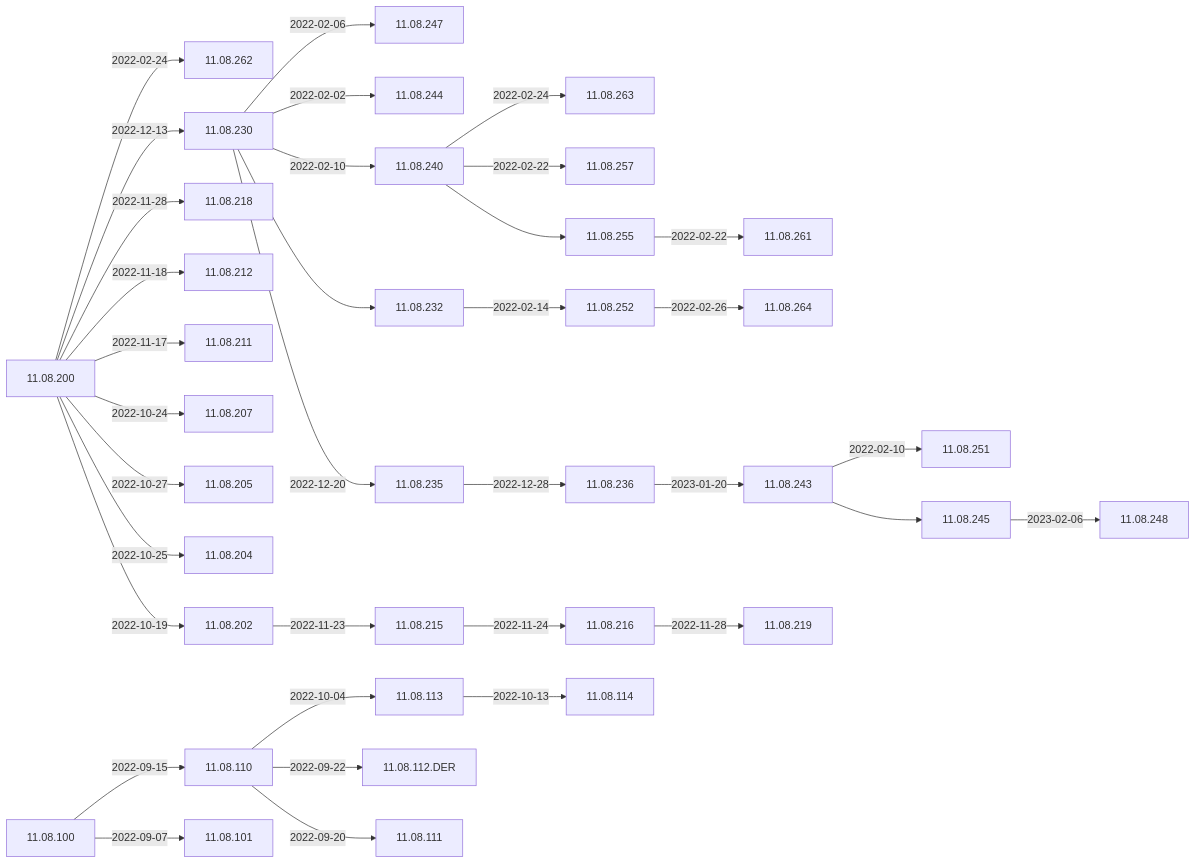
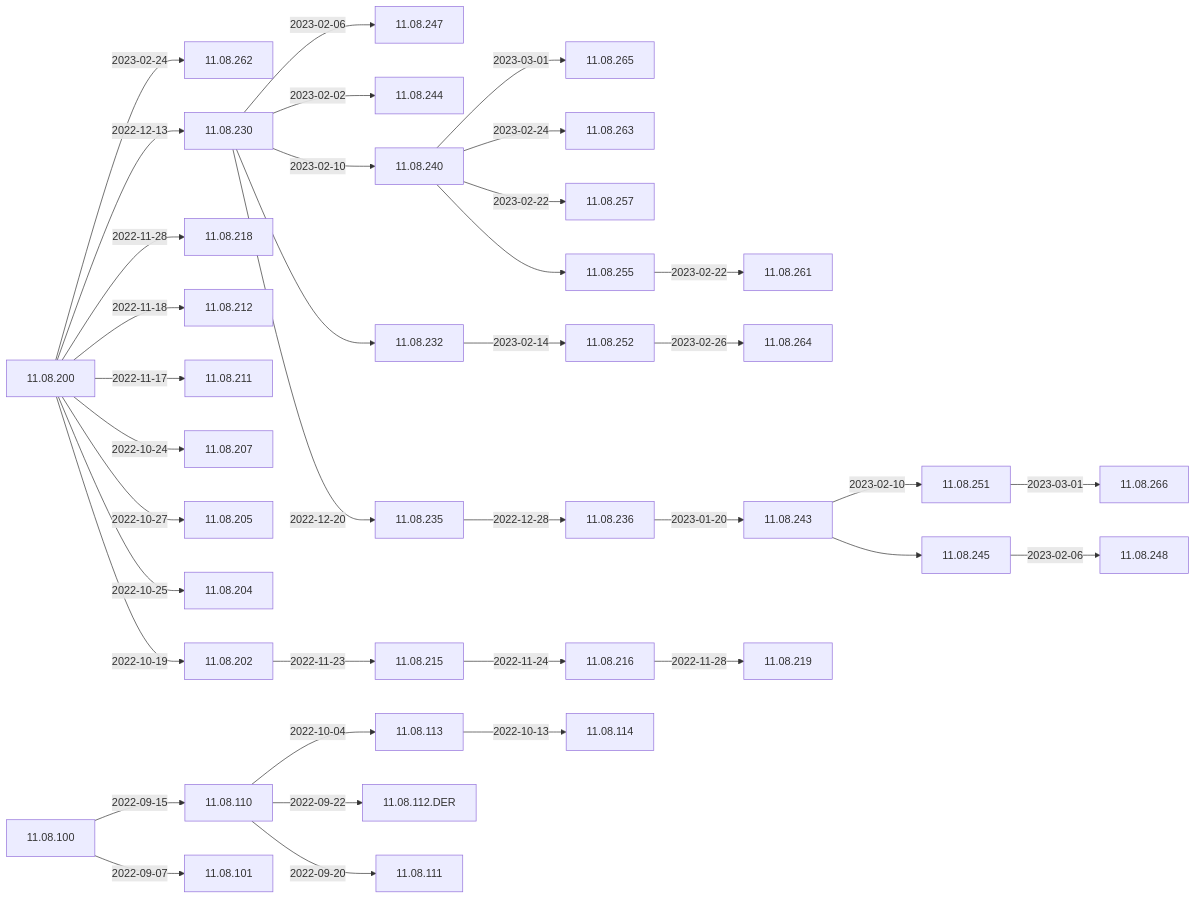
Before and after one commit to woydziak/IGEL-Docs: the first of 3 diagrams in Docs/ReleaseNotes/01-OS11/README.md, drawn with Mermaid.

Commit message:
11.08.265<--11.08.240; 11.08.266<--11.08.251

````diff
--- a/Docs/ReleaseNotes/01-OS11/README.md
+++ b/Docs/ReleaseNotes/01-OS11/README.md
@@ -9,51 +9,54 @@
 ```mermaid
 flowchart LR
-    11.08.252-- 2022-02-26 -->11.08.264
-    11.08.200-- 2022-02-24 -->11.08.262
-    11.08.243-- 2022-02-10 -->11.08.251
-    11.08.230-- 2022-02-06 -->11.08.247
-    11.08.230-- 2022-02-02 -->11.08.244
-    11.08.240-- 2022-02-24 -->11.08.263
-    11.08.240-- 2022-02-22 -->11.08.257
-    11.08.240-->11.08.255-- 2022-02-22 -->11.08.261
-    11.08.230-- 2022-02-10 -->11.08.240
-    11.08.230-->11.08.232-- 2022-02-14 -->11.08.252
+    11.08.240-- 2023-03-01 -->11.08.265 
+    11.08.252-- 2023-02-26 -->11.08.264
+    11.08.200-- 2023-02-24 -->11.08.262
+    11.08.243-- 2023-02-10 -->11.08.251-- 2023-03-01 -->11.08.266
+    11.08.230-- 2023-02-06 -->11.08.247
+    11.08.230-- 2023-02-02 -->11.08.244
+    11.08.240-- 2023-02-24 -->11.08.263
+    11.08.240-- 2023-02-22 -->11.08.257
+    11.08.240-->11.08.255-- 2023-02-22 -->11.08.261
+    11.08.230-- 2023-02-10 -->11.08.240
+    11.08.230-->11.08.232-- 2023-02-14 -->11.08.252
     11.08.200-- 2022-12-13 -->11.08.230-- 2022-12-20 -->11.08.235-- 2022-12-28 -->11.08.236-- 2023-01-20 -->11.08.243-->11.08.245-- 2023-02-06 -->11.08.248
     11.08.200-- 2022-11-28 -->11.08.218
     11.08.200-- 2022-11-18 -->11.08.212
     11.08.200-- 2022-11-17 -->11.08.211
     11.08.200-- 2022-10-24 -->11.08.207
     11.08.200-- 2022-10-27 -->11.08.205
     11.08.200-- 2022-10-25 -->11.08.204
     11.08.200-- 2022-10-19 -->11.08.202-- 2022-11-23 -->11.08.215-- 2022-11-24 -->11.08.216-- 2022-11-28 -->11.08.219
     11.08.110-- 2022-10-04 -->11.08.113-- 2022-10-13 -->11.08.114
     11.08.110-- 2022-09-22 -->11.08.112.DER
     11.08.100-- 2022-09-15 -->11.08.110-- 2022-09-20 -->11.08.111
     11.08.100-- 2022-09-07 -->11.08.101
+    click 11.08.266 "https://github.com/IGEL-Community/IGEL-Docs/blob/main/Docs/ReleaseNotes/01-OS11/readme11.08.266.txt" "Open this in a new tab"
+    click 11.08.265 "https://github.com/IGEL-Community/IGEL-Docs/blob/main/Docs/ReleaseNotes/01-OS11/readme11.08.265.txt" "Open this in a new tab"
     click 11.08.264 "https://github.com/IGEL-Community/IGEL-Docs/blob/main/Docs/ReleaseNotes/01-OS11/readme11.08.264.txt" "Open this in a new tab"
     click 11.08.263 "https://github.com/IGEL-Community/IGEL-Docs/blob/main/Docs/ReleaseNotes/01-OS11/readme11.08.263.txt" "Open this in a new tab"
     click 11.08.262 "https://github.com/IGEL-Community/IGEL-Docs/blob/main/Docs/ReleaseNotes/01-OS11/readme11.08.262.txt" "Open this in a new tab"
     click 11.08.261 "https://github.com/IGEL-Community/IGEL-Docs/blob/main/Docs/ReleaseNotes/01-OS11/readme11.08.261.txt" "Open this in a new tab"
     click 11.08.257 "https://github.com/IGEL-Community/IGEL-Docs/blob/main/Docs/ReleaseNotes/01-OS11/readme11.08.257.txt" "Open this in a new tab"
     click 11.08.252 "https://github.com/IGEL-Community/IGEL-Docs/blob/main/Docs/ReleaseNotes/01-OS11/readme11.08.252.txt" "Open this in a new tab"
     click 11.08.251 "https://github.com/IGEL-Community/IGEL-Docs/blob/main/Docs/ReleaseNotes/01-OS11/readme11.08.251.txt" "Open this in a new tab"
     click 11.08.248 "https://github.com/IGEL-Community/IGEL-Docs/blob/main/Docs/ReleaseNotes/01-OS11/readme11.08.248.txt" "Open this in a new tab"
     click 11.08.247 "https://github.com/IGEL-Community/IGEL-Docs/blob/main/Docs/ReleaseNotes/01-OS11/readme11.08.247.txt" "Open this in a new tab"
     click 11.08.244 "https://github.com/IGEL-Community/IGEL-Docs/blob/main/Docs/ReleaseNotes/01-OS11/readme11.08.244.txt" "Open this in a new tab"
     click 11.08.243 "https://github.com/IGEL-Community/IGEL-Docs/blob/main/Docs/ReleaseNotes/01-OS11/readme11.08.243.txt" "Open this in a new tab"
     click 11.08.240 "https://github.com/IGEL-Community/IGEL-Docs/blob/main/Docs/ReleaseNotes/01-OS11/readme11.08.240.txt" "Open this in a new tab"
     click 11.08.236 "https://github.com/IGEL-Community/IGEL-Docs/blob/main/Docs/ReleaseNotes/01-OS11/readme11.08.236.txt" "Open this in a new tab"
     click 11.08.235 "https://github.com/IGEL-Community/IGEL-Docs/blob/main/Docs/ReleaseNotes/01-OS11/readme11.08.235.txt" "Open this in a new tab"
     click 11.08.230 "https://github.com/IGEL-Community/IGEL-Docs/blob/main/Docs/ReleaseNotes/01-OS11/readme11.08.230.txt" "Open this in a new tab"
     click 11.08.219 "https://github.com/IGEL-Community/IGEL-Docs/blob/main/Docs/ReleaseNotes/01-OS11/readme11.08.219.txt" "Open this in a new tab"
     click 11.08.218 "https://github.com/IGEL-Community/IGEL-Docs/blob/main/Docs/ReleaseNotes/01-OS11/readme11.08.218.txt" "Open this in a new tab"
     click 11.08.216 "https://github.com/IGEL-Community/IGEL-Docs/blob/main/Docs/ReleaseNotes/01-OS11/readme11.08.216.txt" "Open this in a new tab"
     click 11.08.215 "https://github.com/IGEL-Community/IGEL-Docs/blob/main/Docs/ReleaseNotes/01-OS11/readme11.08.215.txt" "Open this in a new tab"
     click 11.08.212 "https://github.com/IGEL-Community/IGEL-Docs/blob/main/Docs/ReleaseNotes/01-OS11/readme11.08.212.txt" "Open this in a new tab"
     click 11.08.211 "https://github.com/IGEL-Community/IGEL-Docs/blob/main/Docs/ReleaseNotes/01-OS11/readme11.08.211.txt" "Open this in a new tab"
     click 11.08.207 "https://github.com/IGEL-Community/IGEL-Docs/blob/main/Docs/ReleaseNotes/01-OS11/readme11.08.207.txt" "Open this in a new tab"
     click 11.08.205 "https://github.com/IGEL-Community/IGEL-Docs/blob/main/Docs/ReleaseNotes/01-OS11/readme11.08.205.txt" "Open this in a new tab"
     click 11.08.204 "https://github.com/IGEL-Community/IGEL-Docs/blob/main/Docs/ReleaseNotes/01-OS11/readme11.08.204.txt" "Open this in a new tab"
     click 11.08.202 "https://github.com/IGEL-Community/IGEL-Docs/blob/main/Docs/ReleaseNotes/01-OS11/readme11.08.202.txt" "Open this in a new tab"
     click 11.08.200 "https://github.com/IGEL-Community/IGEL-Docs/blob/main/Docs/ReleaseNotes/01-OS11/readme11.08.200.txt" "Open this in a new tab"
 ```
````
